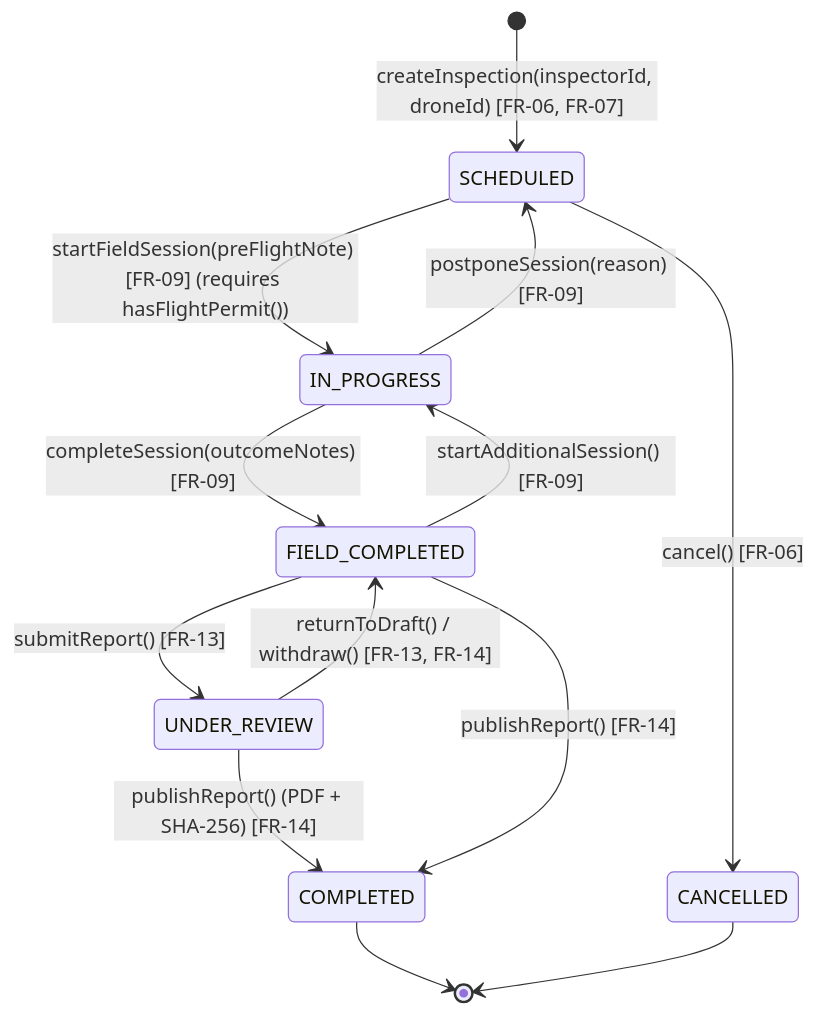
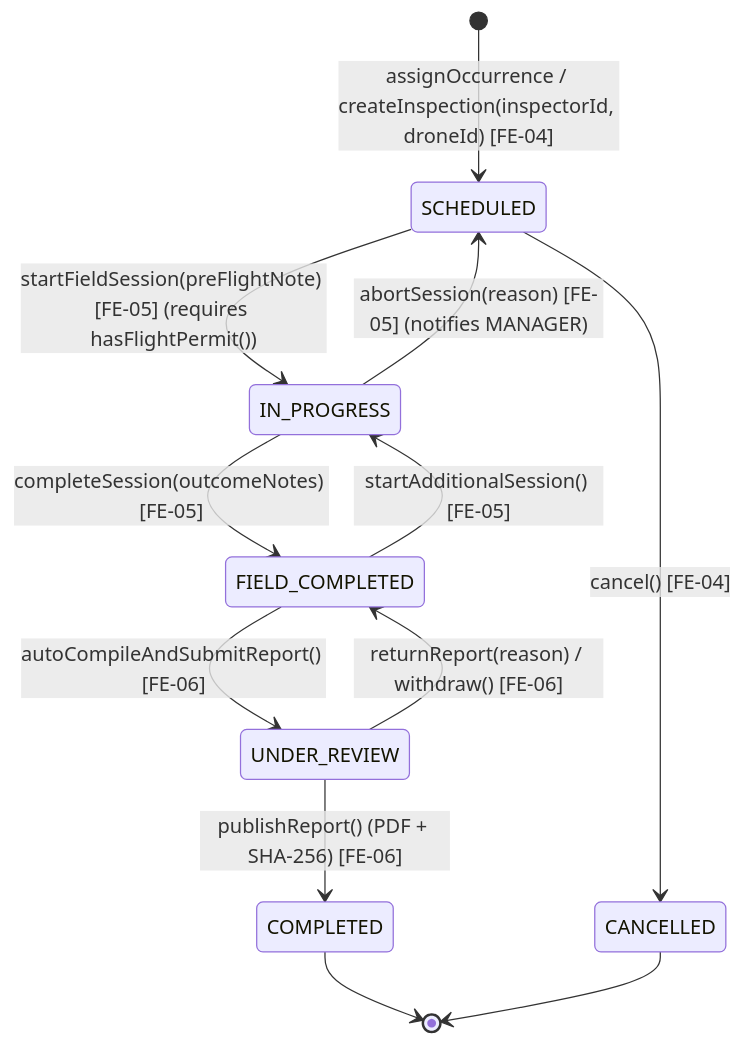
The third of 5 diagrams in reports/report-4-software-design-document/02-database-design.md (tungbach12/SmartDroneInspection-Docs), drawn with Mermaid before and after one commit. The commit also changed other lines of this file and 245 other files, not shown here.

First line of the commit message:
docs(reports): synchronize all reports, diagrams, and test sheets to 5-role 8-feature baseline

````diff
--- a/reports/report-4-software-design-document/02-database-design.md
+++ b/reports/report-4-software-design-document/02-database-design.md
@@ -623,17 +670,16 @@
 ```mermaid
 %% title: Inspection, FieldSession and InspectionReport State Machine Diagram
 stateDiagram-v2
   direction TB
-  [*] --> SCHEDULED : createInspection(inspectorId, droneId) [FR-06, FR-07]
-  SCHEDULED --> IN_PROGRESS : startFieldSession(preFlightNote) [FR-09] (requires hasFlightPermit())
-  IN_PROGRESS --> SCHEDULED : postponeSession(reason) [FR-09]
-  IN_PROGRESS --> FIELD_COMPLETED : completeSession(outcomeNotes) [FR-09]
-  FIELD_COMPLETED --> IN_PROGRESS : startAdditionalSession() [FR-09]
-  FIELD_COMPLETED --> UNDER_REVIEW : submitReport() [FR-13]
-  UNDER_REVIEW --> FIELD_COMPLETED : returnToDraft() / withdraw() [FR-13, FR-14]
-  UNDER_REVIEW --> COMPLETED : publishReport() (PDF + SHA-256) [FR-14]
-  FIELD_COMPLETED --> COMPLETED : publishReport() [FR-14]
-  SCHEDULED --> CANCELLED : cancel() [FR-06]
+  [*] --> SCHEDULED : assignOccurrence / createInspection(inspectorId, droneId) [FE-04]
+  SCHEDULED --> IN_PROGRESS : startFieldSession(preFlightNote) [FE-05] (requires hasFlightPermit())
+  IN_PROGRESS --> SCHEDULED : abortSession(reason) [FE-05] (notifies MANAGER)
+  IN_PROGRESS --> FIELD_COMPLETED : completeSession(outcomeNotes) [FE-05]
+  FIELD_COMPLETED --> IN_PROGRESS : startAdditionalSession() [FE-05]
+  FIELD_COMPLETED --> UNDER_REVIEW : autoCompileAndSubmitReport() [FE-06]
+  UNDER_REVIEW --> FIELD_COMPLETED : returnReport(reason) / withdraw() [FE-06]
+  UNDER_REVIEW --> COMPLETED : publishReport() (PDF + SHA-256) [FE-06]
+  SCHEDULED --> CANCELLED : cancel() [FE-04]
   COMPLETED --> [*]
   CANCELLED --> [*]
 ```
````
